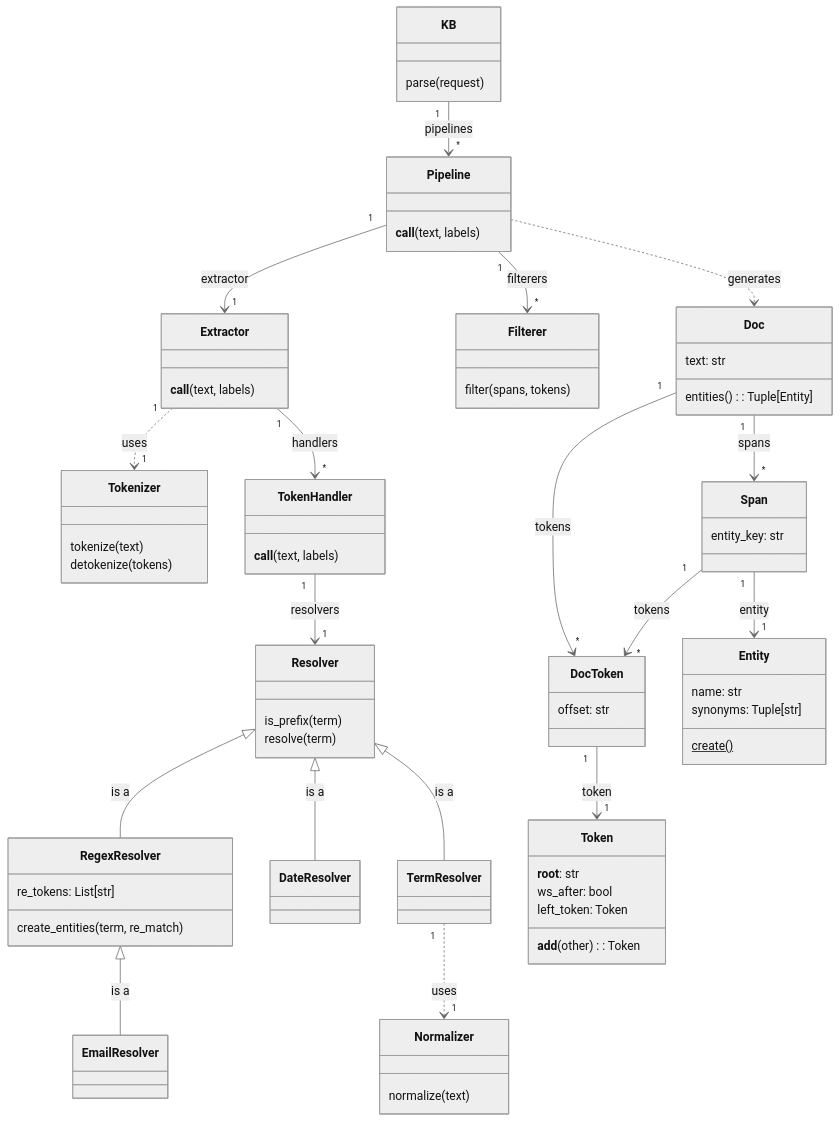
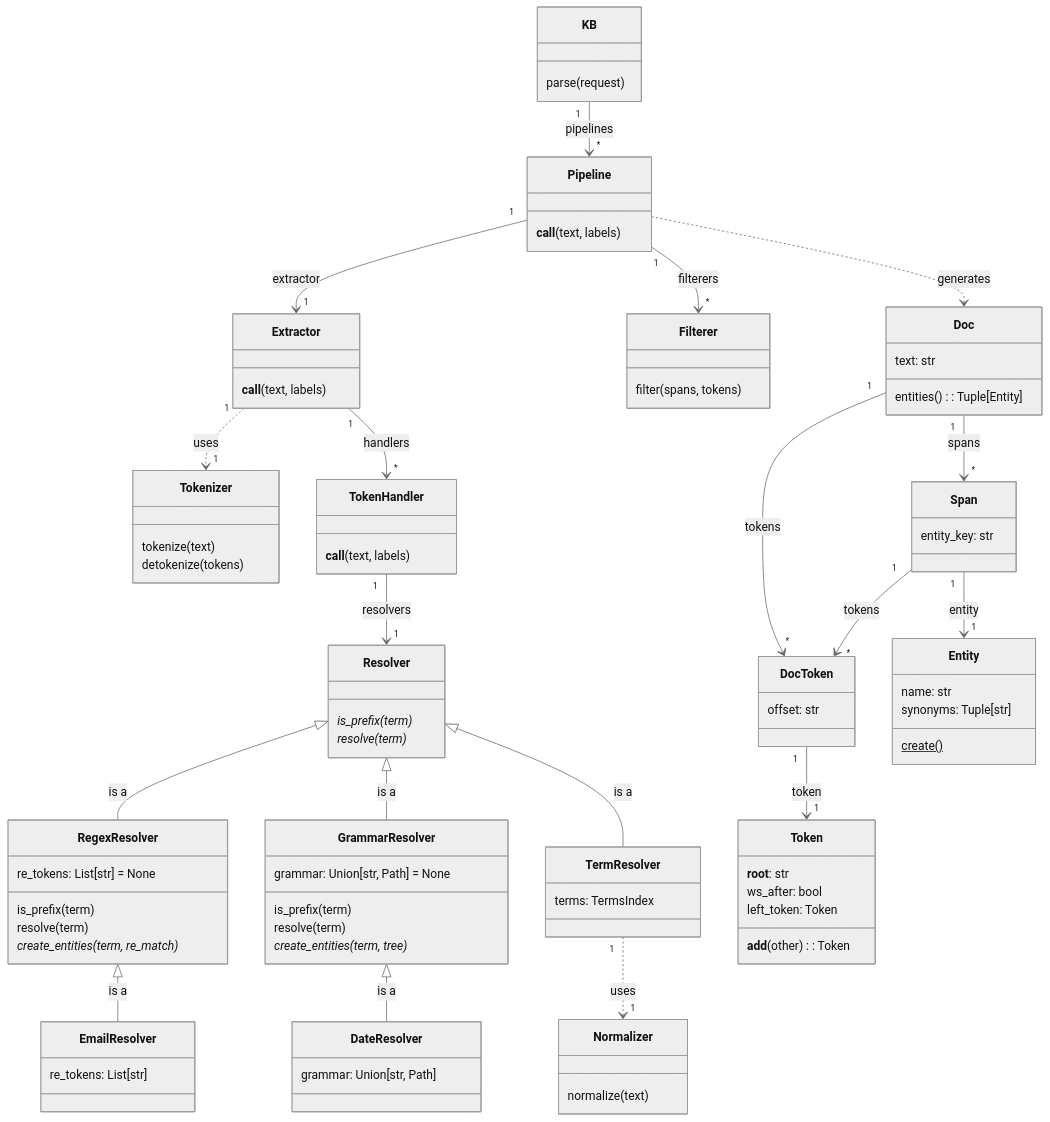
Before and after one commit to Cyberian-Dev/entitykb: the diagram in docs/pipeline.md, drawn with Mermaid (neutral theme). The commit also changed other lines of this file and 17 other files, not shown here.

Commit message:
Added Grammar Resolver base class, refactored Data Resolver.

```diff
--- a/docs/pipeline.md
+++ b/docs/pipeline.md
@@ -157,30 +202,44 @@
     Token Handler "1" --> "1" Resolver: resolvers
 
     class Resolver {
-        is_prefix(term)
-        resolve(term)
+        is_prefix(term)*
+        resolve(term)*
     }
 
     Resolver <|-- RegexResolver: is a
 
     class RegexResolver {
-         re_tokens: List[str]
-         create_entities(term, re_match)
+        re_tokens: List[str] = None
+        is_prefix(term)
+        resolve(term)
+        create_entities(term, re_match)*
     }
 
     RegexResolver <|-- EmailResolver: is a
 
     class EmailResolver {
+         re_tokens: List[str]
     }
 
-    Resolver <|-- DateResolver: is a
+    Resolver <|-- GrammarResolver: is a
+
+    class GrammarResolver {
+        grammar: Union[str, Path] = None
+        is_prefix(term)
+        resolve(term)
+        create_entities(term, tree)*
+    }
+
+    GrammarResolver <|-- DateResolver: is a
 
     class DateResolver {
+         grammar: Union[str, Path]
     }
 
     Resolver <|-- TermResolver: is a
 
     class TermResolver {
+        terms: TermsIndex
     }
 
     TermResolver "1" ..> "1" Normalizer: uses
```
